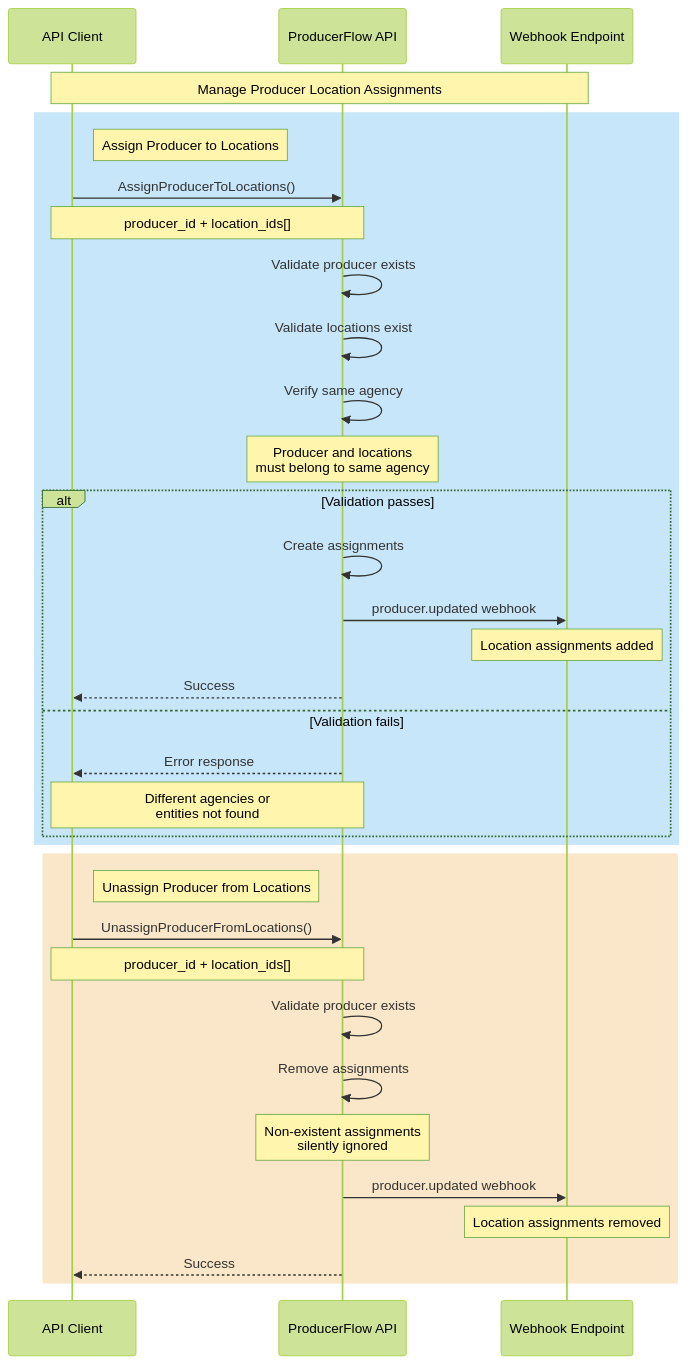
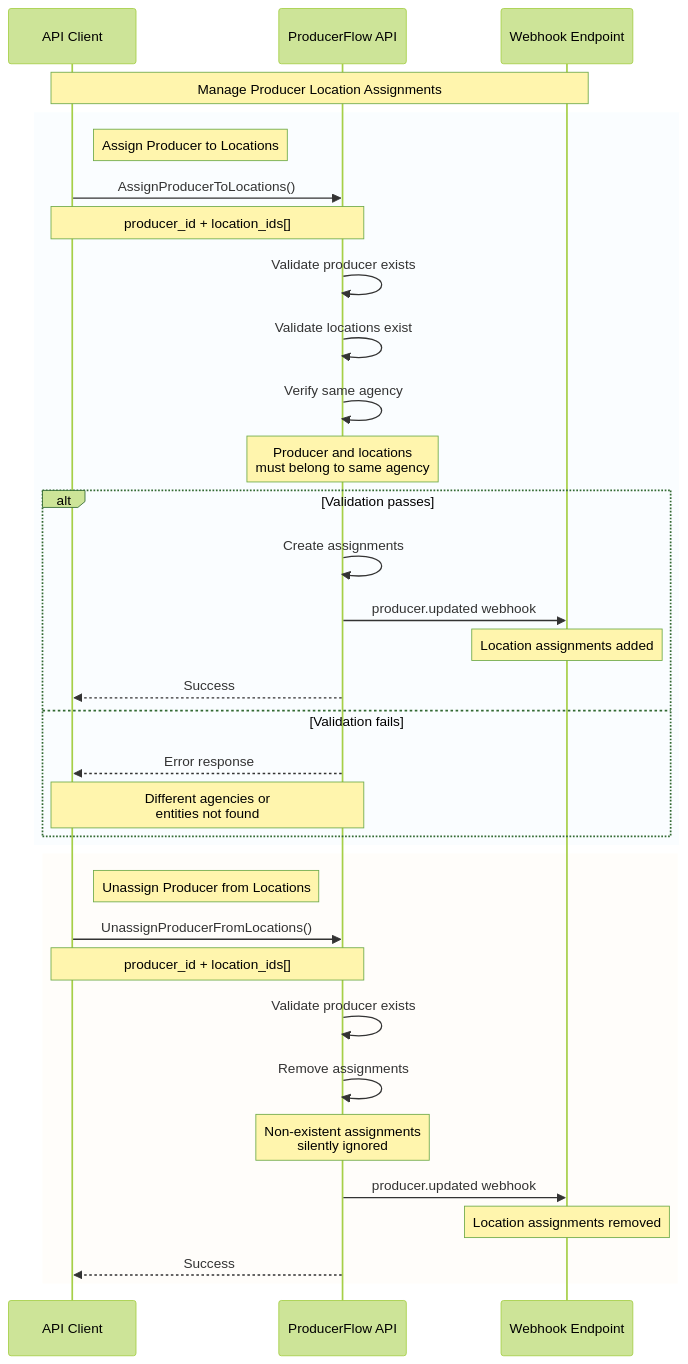
One commit to producerflow/producerflowapi changed the ninth of 10 diagrams in wiki/API-Workflows.md. Above: the diagram before and after it, drawn with Mermaid (forest theme). The commit also changed other lines of this file and 1 other file, not shown here.

First line of the commit message:
docs(wiki): fix workflow diagrams unreadable in dark mode

````diff
--- a/wiki/API-Workflows.md
+++ b/wiki/API-Workflows.md
@@ -316,43 +316,43 @@
 ```mermaid
 sequenceDiagram
     participant Client as API Client
     participant API as ProducerFlow API
     participant WH as Webhook Endpoint
 
     Note over Client,WH: Manage Producer Location Assignments
     
-    rect rgb(200, 230, 250)
+    rect rgba(200, 230, 250, 0.1)
         Note right of Client: Assign Producer to Locations
         Client->>API: AssignProducerToLocations()
         Note over Client,API: producer_id + location_ids[]
         
         API->>API: Validate producer exists
         API->>API: Validate locations exist
         API->>API: Verify same agency
         Note over API: Producer and locations<br/>must belong to same agency
         
         alt Validation passes
             API->>API: Create assignments
             API->>WH: producer.updated webhook
             Note over WH: Location assignments added
             API-->>Client: Success
         else Validation fails
             API-->>Client: Error response
             Note over Client,API: Different agencies or<br/>entities not found
         end
     end
     
-    rect rgb(250, 230, 200)
+    rect rgba(250, 230, 200, 0.1)
         Note right of Client: Unassign Producer from Locations
         Client->>API: UnassignProducerFromLocations()
         Note over Client,API: producer_id + location_ids[]
         
         API->>API: Validate producer exists
         API->>API: Remove assignments
         Note over API: Non-existent assignments<br/>silently ignored
         
         API->>WH: producer.updated webhook
         Note over WH: Location assignments removed
         API-->>Client: Success
     end
 ```
````
